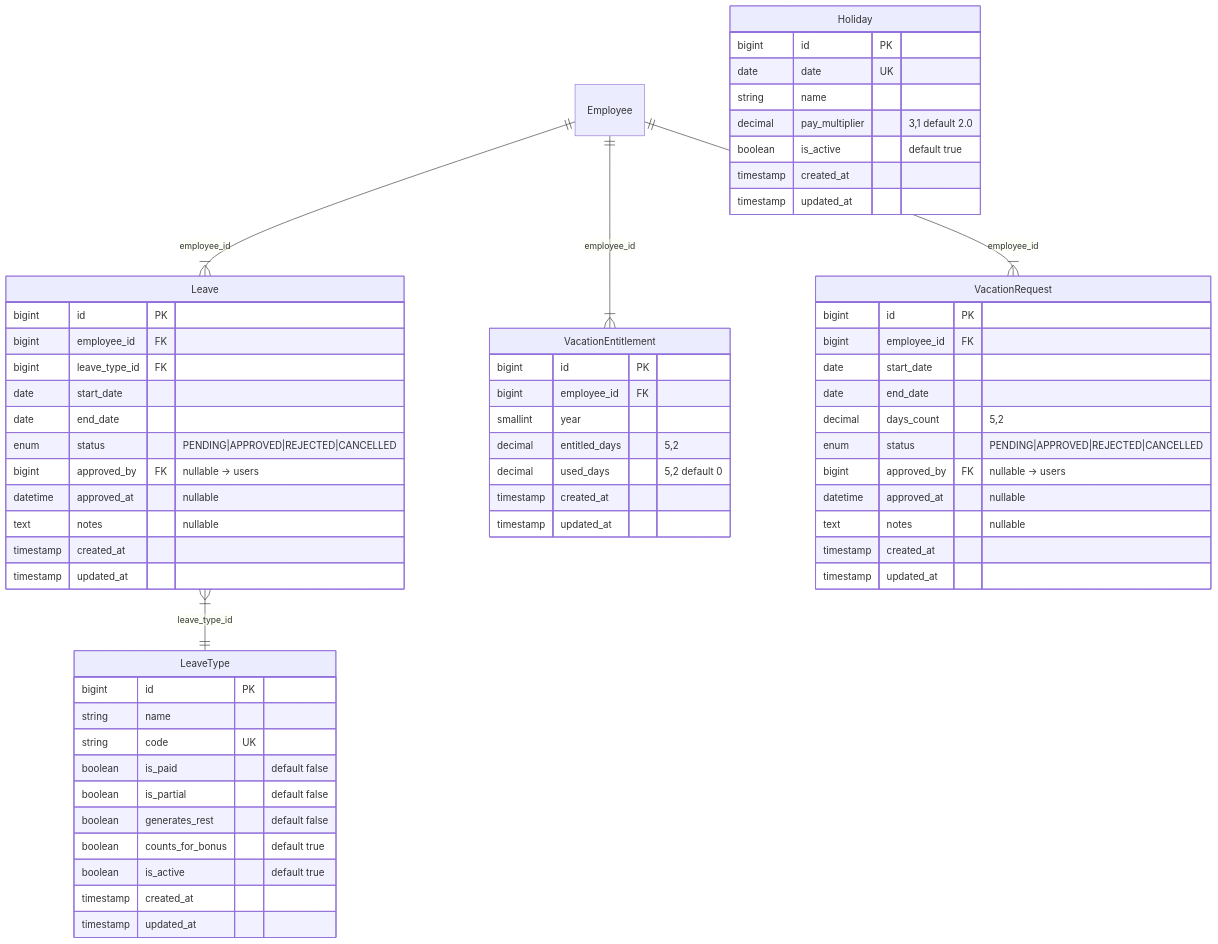
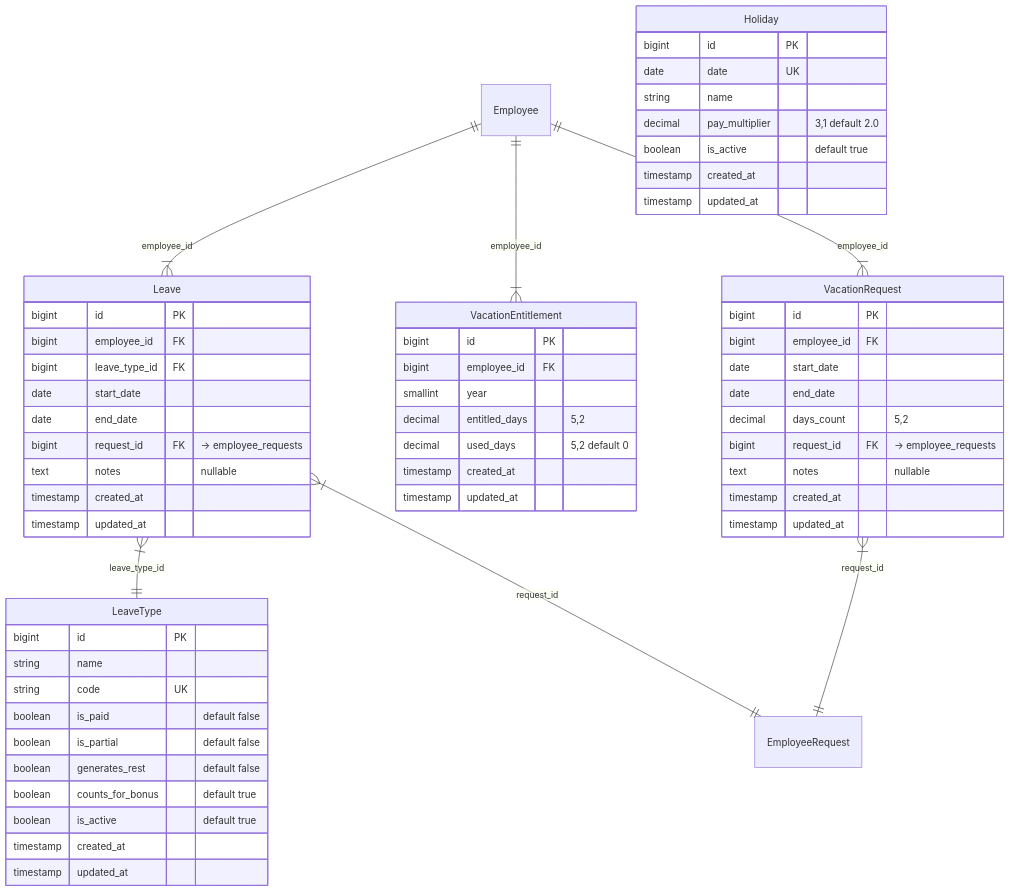
Before and after one commit to pakodiazdev/sushigo: the third of 20 diagrams in doc/modules/attendance-payroll/attendance-payroll-domain-model.es.md, drawn with Mermaid. The commit also changed other lines of this file and 6 other files, not shown here.

First line of the commit message:
📚 [#126] - Pivot EmployeeRequest: domain model v1.1 + tasks #126 #127 📋

````diff
--- a/doc/modules/attendance-payroll/attendance-payroll-domain-model.es.md
+++ b/doc/modules/attendance-payroll/attendance-payroll-domain-model.es.md
@@ -236,69 +258,67 @@
 ```mermaid
 erDiagram
     Employee ||--|{ Leave : "employee_id"
     Employee ||--|{ VacationEntitlement : "employee_id"
     Employee ||--|{ VacationRequest : "employee_id"
 
     Leave }|--|| LeaveType : "leave_type_id"
+    Leave }|--|| EmployeeRequest : "request_id"
+    VacationRequest }|--|| EmployeeRequest : "request_id"
 
     LeaveType {
         bigint id PK
         string name
         string code UK
         boolean is_paid "default false"
         boolean is_partial "default false"
         boolean generates_rest "default false"
         boolean counts_for_bonus "default true"
         boolean is_active "default true"
         timestamp created_at
         timestamp updated_at
     }
 
     Leave {
         bigint id PK
         bigint employee_id FK
         bigint leave_type_id FK
         date start_date
         date end_date
-        enum status "PENDING|APPROVED|REJECTED|CANCELLED"
-        bigint approved_by FK "nullable → users"
-        datetime approved_at "nullable"
+        bigint request_id FK "→ employee_requests"
         text notes "nullable"
         timestamp created_at
         timestamp updated_at
     }
 
     Holiday {
         bigint id PK
         date date UK
         string name
         decimal pay_multiplier "3,1 default 2.0"
         boolean is_active "default true"
         timestamp created_at
         timestamp updated_at
     }
 
     VacationEntitlement {
         bigint id PK
         bigint employee_id FK
         smallint year
         decimal entitled_days "5,2"
         decimal used_days "5,2 default 0"
         timestamp created_at
         timestamp updated_at
     }
 
     VacationRequest {
         bigint id PK
         bigint employee_id FK
         date start_date
         date end_date
         decimal days_count "5,2"
-        enum status "PENDING|APPROVED|REJECTED|CANCELLED"
-        bigint approved_by FK "nullable → users"
-        datetime approved_at "nullable"
+        bigint request_id FK "→ employee_requests"
         text notes "nullable"
         timestamp created_at
         timestamp updated_at
     }
 ```
````
